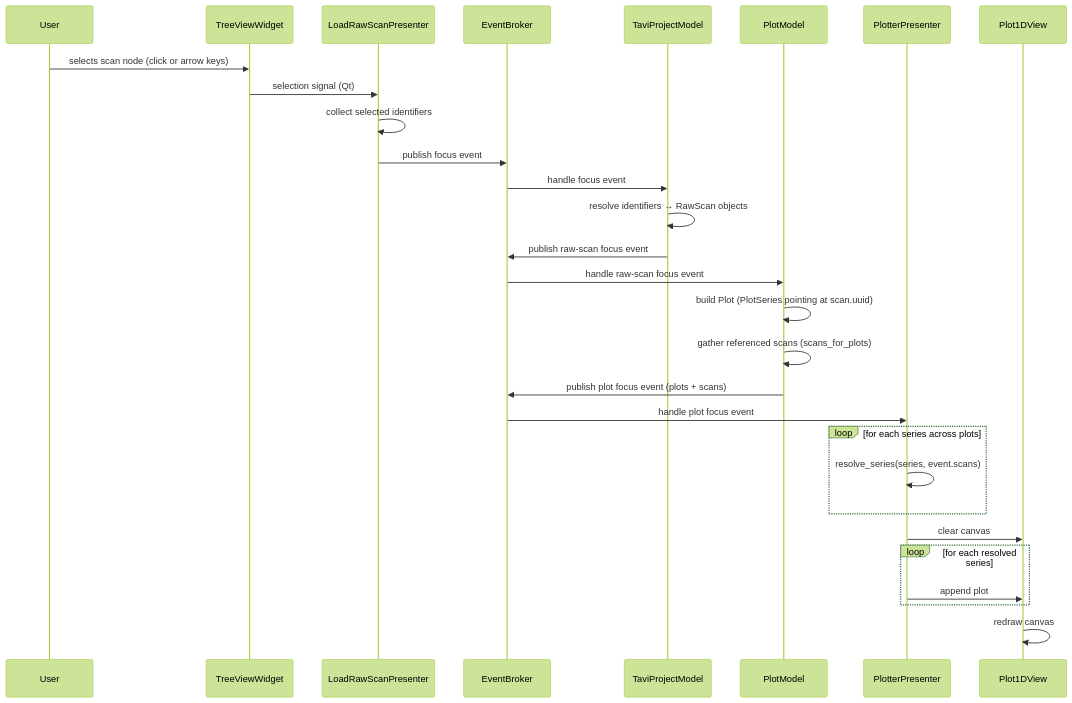
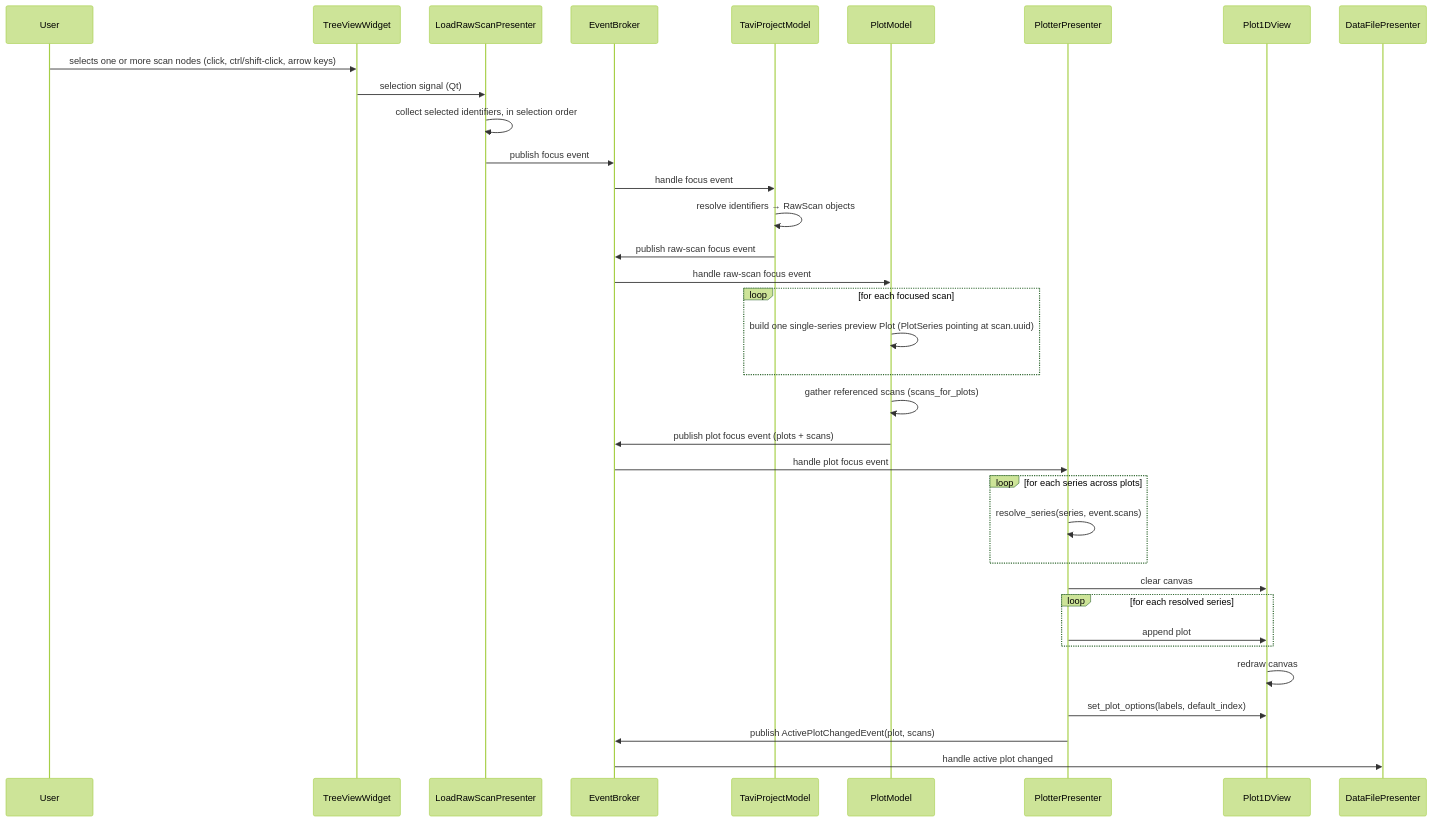
One commit to neutrons/TAVI changed the first of 4 diagrams in docs/source/design/frontend/visualization_flow.rst. Above: the diagram before and after it, drawn with Mermaid (forest theme). The commit also changed other lines of this file and 3 other files, not shown here.

```diff
--- a/docs/source/design/frontend/visualization_flow.rst
+++ b/docs/source/design/frontend/visualization_flow.rst
@@ -45,35 +58,40 @@
 .. mermaid::
 
     sequenceDiagram
         participant User
         participant TreeViewWidget
         participant LoadRawScanPresenter
         participant EventBroker
         participant TaviProjectModel
         participant PlotModel
         participant PlotterPresenter
         participant Plot1DView
 
-        User ->> TreeViewWidget: selects scan node (click or arrow keys)
+        User ->> TreeViewWidget: selects one or more scan nodes (click, ctrl/shift-click, arrow keys)
         TreeViewWidget ->> LoadRawScanPresenter: selection signal (Qt)
-        LoadRawScanPresenter ->> LoadRawScanPresenter: collect selected identifiers
+        LoadRawScanPresenter ->> LoadRawScanPresenter: collect selected identifiers, in selection order
         LoadRawScanPresenter ->> EventBroker: publish focus event
 
         EventBroker ->> TaviProjectModel: handle focus event
         TaviProjectModel ->> TaviProjectModel: resolve identifiers → RawScan objects
         TaviProjectModel ->> EventBroker: publish raw-scan focus event
 
         EventBroker ->> PlotModel: handle raw-scan focus event
-        PlotModel ->> PlotModel: build Plot (PlotSeries pointing at scan.uuid)
+        loop for each focused scan
+            PlotModel ->> PlotModel: build one single-series preview Plot (PlotSeries pointing at scan.uuid)
+        end
         PlotModel ->> PlotModel: gather referenced scans (scans_for_plots)
         PlotModel ->> EventBroker: publish plot focus event (plots + scans)
 
         EventBroker ->> PlotterPresenter: handle plot focus event
         loop for each series across plots
             PlotterPresenter ->> PlotterPresenter: resolve_series(series, event.scans)
         end
         PlotterPresenter ->> Plot1DView: clear canvas
         loop for each resolved series
             PlotterPresenter ->> Plot1DView: append plot
         end
         Plot1DView ->> Plot1DView: redraw canvas
+        PlotterPresenter ->> Plot1DView: set_plot_options(labels, default_index)
+        PlotterPresenter ->> EventBroker: publish ActivePlotChangedEvent(plot, scans)
+        EventBroker ->> DataFilePresenter: handle active plot changed
```
